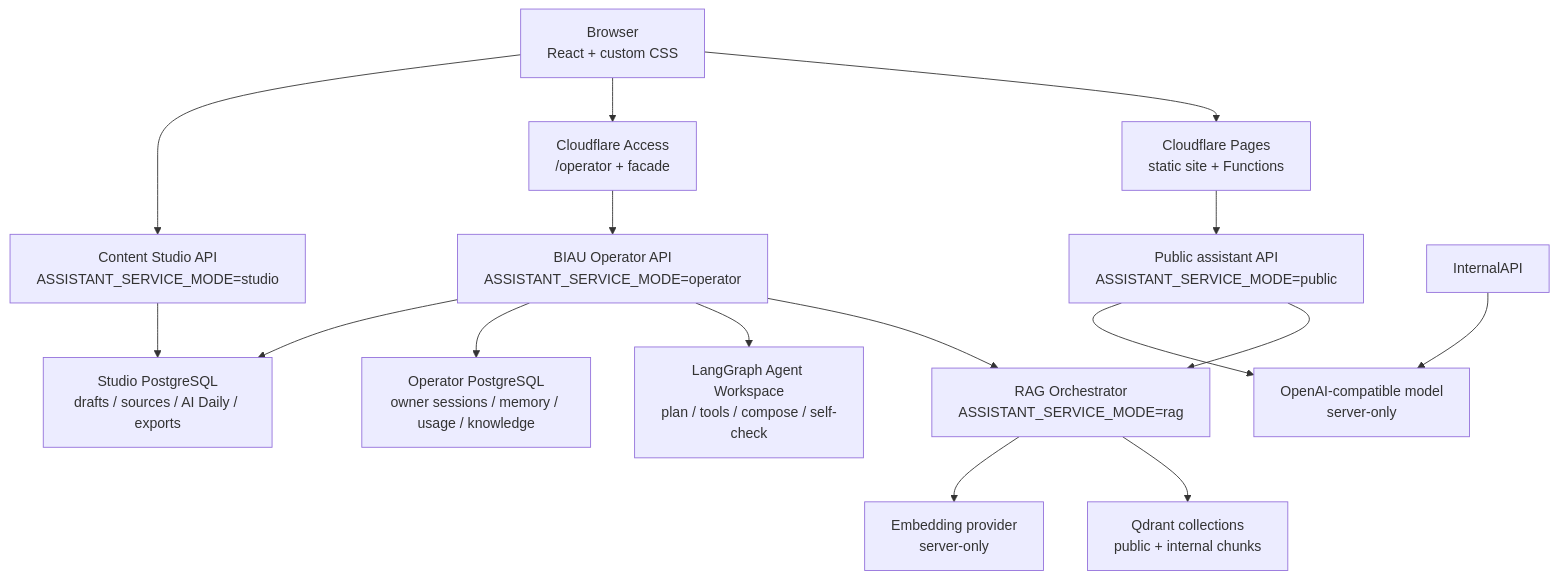
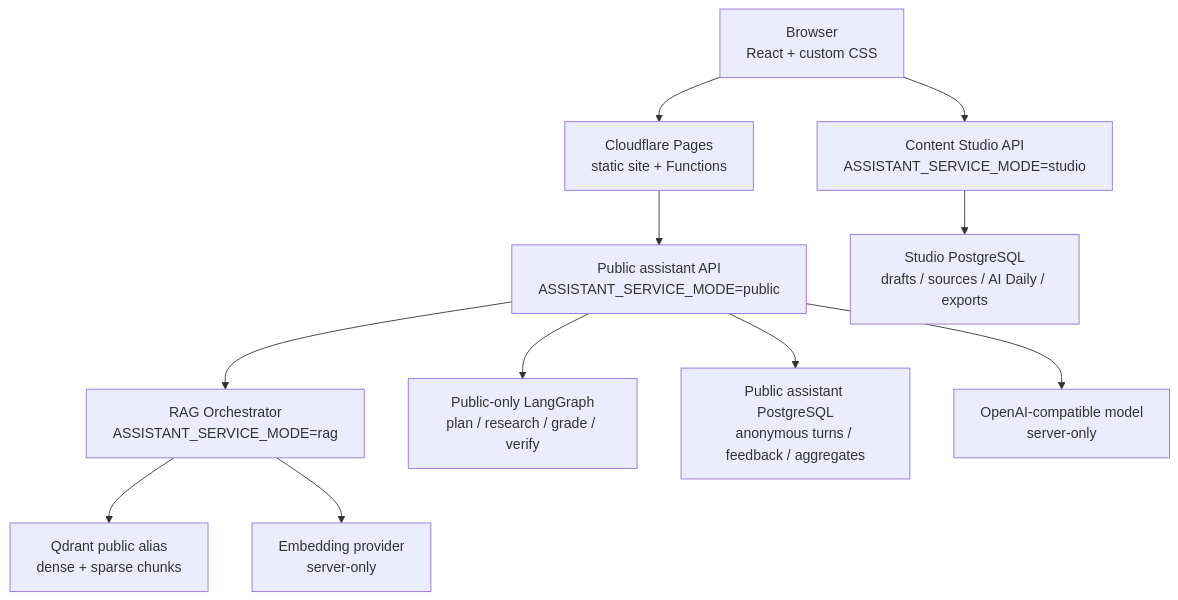
The diagram in README.md (Drew-Z/biau), drawn with Mermaid before and after one commit. The commit also changed other lines of this file and 87 other files, not shown here.

Commit message:
refactor(assistant): retire operator runtime

````diff
--- a/README.md
+++ b/README.md
@@ -91,18 +87,13 @@
 ```mermaid
 flowchart TB
   Browser["Browser\nReact + custom CSS"] --> Pages["Cloudflare Pages\nstatic site + Functions"]
   Pages --> PublicAPI["Public assistant API\nASSISTANT_SERVICE_MODE=public"]
-  Browser --> Access["Cloudflare Access\n/operator + facade"]
   Browser --> StudioAPI["Content Studio API\nASSISTANT_SERVICE_MODE=studio"]
   PublicAPI --> RAG["RAG Orchestrator\nASSISTANT_SERVICE_MODE=rag"]
-  Access --> OperatorAPI["BIAU Operator API\nASSISTANT_SERVICE_MODE=operator"]
-  OperatorAPI --> RAG
-  OperatorAPI --> LangGraph["LangGraph Agent Workspace\nplan / tools / compose / self-check"]
-  OperatorAPI --> AppDB["Operator PostgreSQL\nowner sessions / memory / usage / knowledge"]
-  OperatorAPI --> StudioDB
+  PublicAPI --> LangGraph["Public-only LangGraph\nplan / research / grade / verify"]
+  PublicAPI --> AppDB["Public assistant PostgreSQL\nanonymous turns / feedback / aggregates"]
   StudioAPI --> StudioDB["Studio PostgreSQL\ndrafts / sources / AI Daily / exports"]
-  RAG --> Qdrant["Qdrant collections\npublic + internal chunks"]
+  RAG --> Qdrant["Qdrant public alias\ndense + sparse chunks"]
   RAG --> Embedding["Embedding provider\nserver-only"]
   PublicAPI --> Model["OpenAI-compatible model\nserver-only"]
-  InternalAPI --> Model
 ```
````
